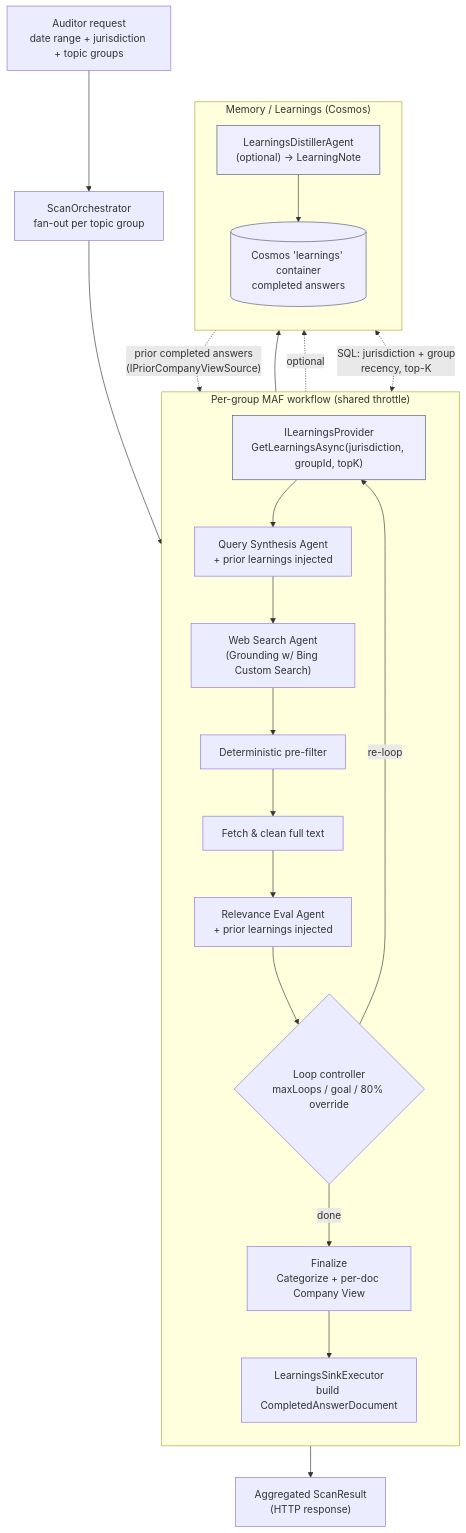
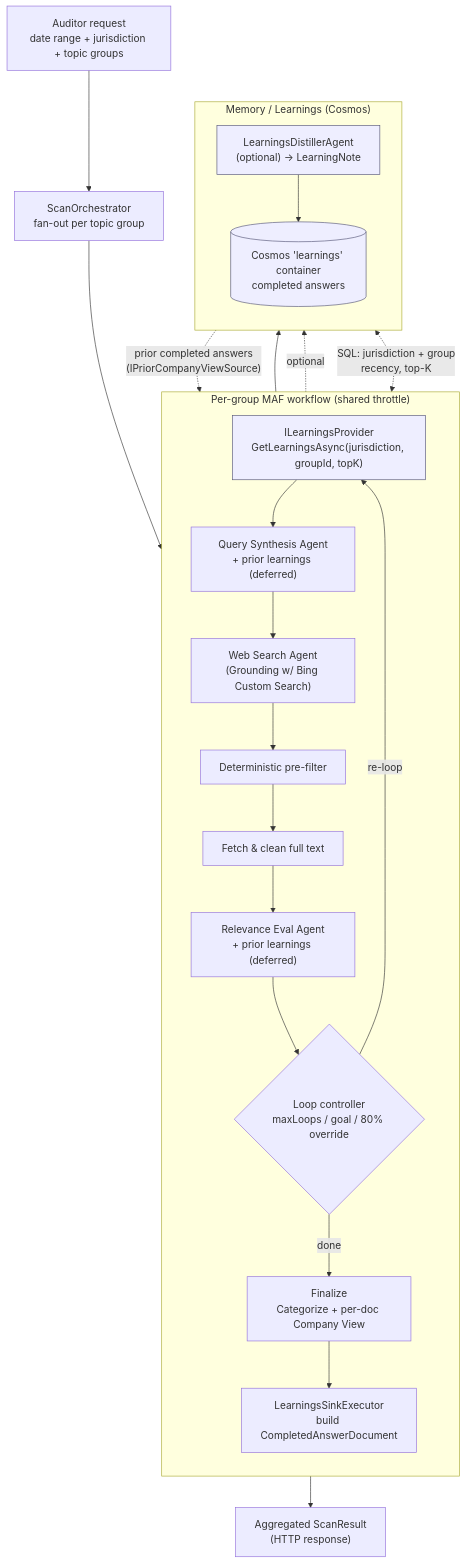
One commit to ctjoumas/agentic-rag-scanner changed the diagram in docs/epic-11-memory-learnings-store-design.md. Above: the diagram before and after it, drawn with Mermaid. The commit also changed other lines of this file and 1 other file, not shown here.

First line of the commit message:
docs(epic-11): revise learnings design per review + add review companion

````diff
--- a/docs/epic-11-memory-learnings-store-design.md
+++ b/docs/epic-11-memory-learnings-store-design.md
@@ -172,40 +212,40 @@
 ```mermaid
 flowchart TD
     A["Auditor request<br/>date range + jurisdiction + topic groups"] --> B["ScanOrchestrator<br/>fan-out per topic group"]
 
     subgraph WF["Per-group MAF workflow (shared throttle)"]
         direction TB
         LP["ILearningsProvider<br/>GetLearningsAsync(jurisdiction, groupId, topK)"]
-        QS["Query Synthesis Agent<br/>+ prior learnings injected"]
+        QS["Query Synthesis Agent<br/>+ prior learnings (deferred)"]
         WS["Web Search Agent<br/>(Grounding w/ Bing Custom Search)"]
         PF["Deterministic pre-filter"]
         FC["Fetch & clean full text"]
-        RE["Relevance Eval Agent<br/>+ prior learnings injected"]
+        RE["Relevance Eval Agent<br/>+ prior learnings (deferred)"]
         LC{"Loop controller<br/>maxLoops / goal / 80% override"}
         FZ["Finalize<br/>Categorize + per-doc Company View"]
         SINK["LearningsSinkExecutor<br/>build CompletedAnswerDocument"]
 
         LP --> QS --> WS --> PF --> FC --> RE --> LC
         LC -- "re-loop" --> LP
         LC -- "done" --> FZ --> SINK
     end
 
     B --> LP
 
     subgraph MEM["Memory / Learnings (Cosmos)"]
         direction TB
         DIST["LearningsDistillerAgent<br/>(optional) → LearningNote"]
         STORE[("Cosmos 'learnings' container<br/>completed answers")]
     end
 
     SINK --> STORE
     SINK -. optional .-> DIST --> STORE
 
     LP <-. "SQL: jurisdiction + group<br/>recency, top-K" .-> STORE
     STORE -. "prior completed answers<br/>(IPriorCompanyViewSource)" .-> FZ
 
     FZ --> RESP["Aggregated ScanResult<br/>(HTTP response)"]
 
     classDef mem fill:#eef,stroke:#557;
     class DIST,STORE,LP mem;
 ```
````
